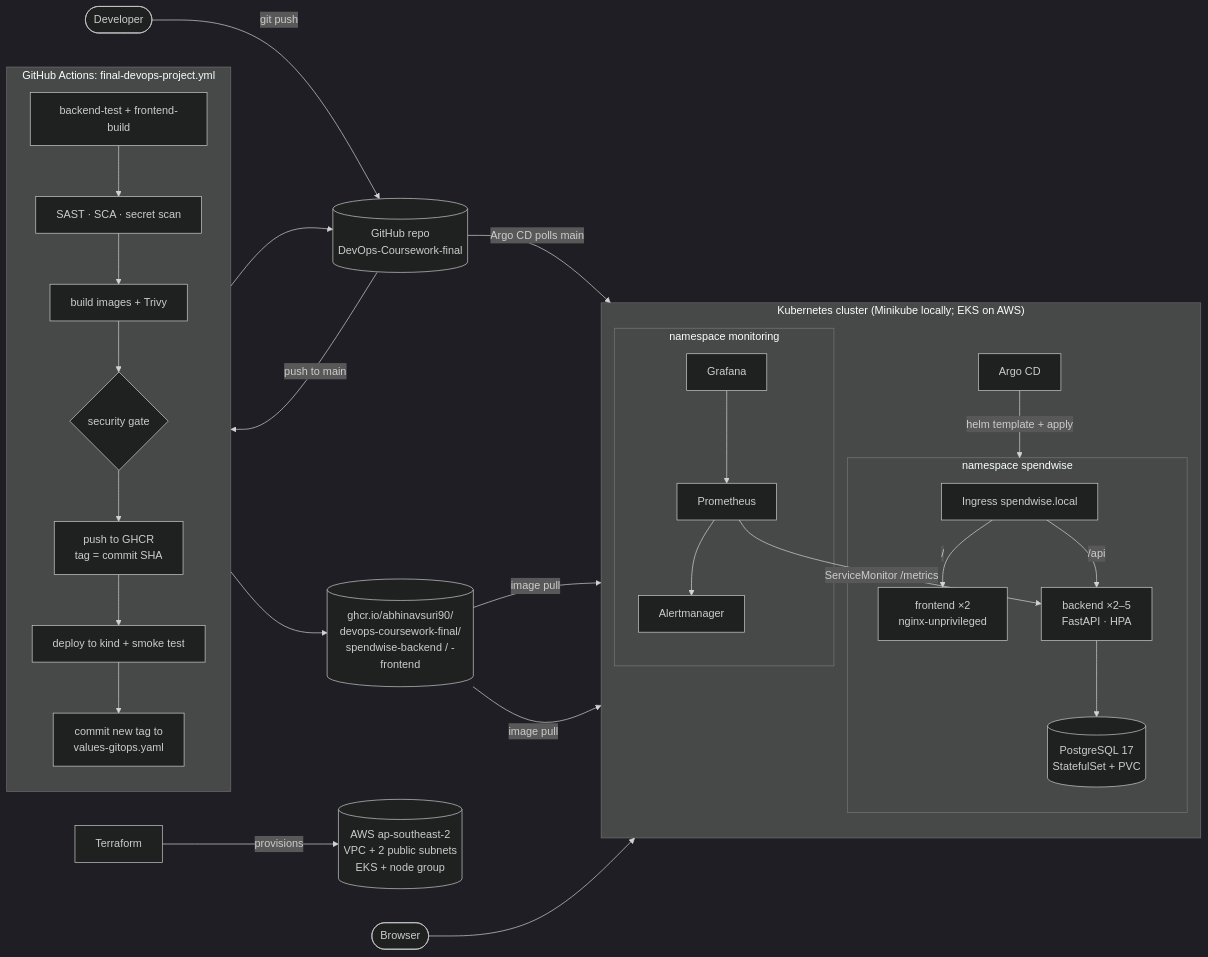
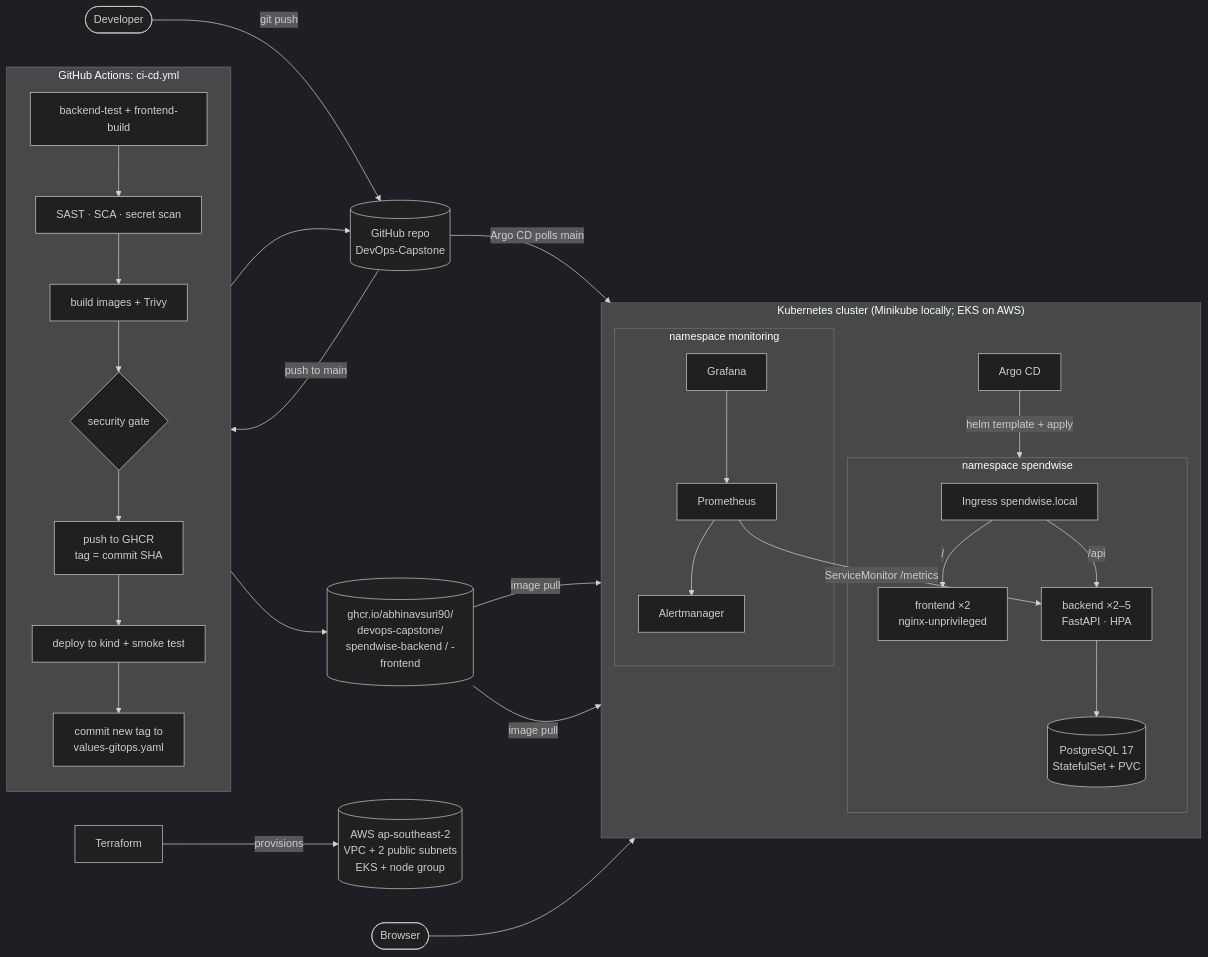
One commit to Abhinavsuri90/DevOps-Capstone changed the first of 3 diagrams in README.md. Above: the diagram before and after it, drawn with Mermaid (dark theme). The commit also changed other lines of this file and 4 other files, not shown here.

````diff
--- a/README.md
+++ b/README.md
@@ -95,39 +97,39 @@
 ```mermaid
 flowchart LR
-    Dev([Developer]) -->|git push| Repo[(GitHub repo<br/>DevOps-Coursework-final)]
+    Dev([Developer]) -->|git push| Repo[(GitHub repo<br/>DevOps-Capstone)]
     Repo -->|push to main| CI
 
-    subgraph CI["GitHub Actions: final-devops-project.yml"]
+    subgraph CI["GitHub Actions: ci-cd.yml"]
       direction TB
       T[backend-test + frontend-build] --> SEC[SAST · SCA · secret scan]
       SEC --> IMG[build images + Trivy]
       IMG --> GATE{security gate}
       GATE --> PUSH[push to GHCR<br/>tag = commit SHA]
       PUSH --> KIND[deploy to kind + smoke test]
       KIND --> BUMP[commit new tag to<br/>values-gitops.yaml]
     end
 
-    PUSH --> GHCR[(ghcr.io/abhinavsuri90/<br/>devops-coursework-final/<br/>spendwise-backend / -frontend)]
+    PUSH --> GHCR[(ghcr.io/abhinavsuri90/<br/>devops-capstone/<br/>spendwise-backend / -frontend)]
     BUMP --> Repo
 
     subgraph K8s["Kubernetes cluster (Minikube locally; EKS on AWS)"]
       direction TB
       Argo[Argo CD] -->|helm template + apply| NS
       subgraph NS["namespace spendwise"]
         ING[Ingress spendwise.local] -->|/| FE[frontend ×2<br/>nginx-unprivileged]
         ING -->|/api| BE[backend ×2–5<br/>FastAPI · HPA]
         BE --> PG[(PostgreSQL 17<br/>StatefulSet + PVC)]
       end
       subgraph MON["namespace monitoring"]
         PROM[Prometheus] --> AM[Alertmanager]
         GRAF[Grafana] --> PROM
       end
       PROM -->|ServiceMonitor /metrics| BE
     end
 
     Repo -->|Argo CD polls main| Argo
     GHCR -->|image pull| BE
     GHCR -->|image pull| FE
     TF[Terraform] -->|provisions| AWS[(AWS ap-southeast-2<br/>VPC + 2 public subnets<br/>EKS + node group)]
     User([Browser]) --> ING
 ```
````
